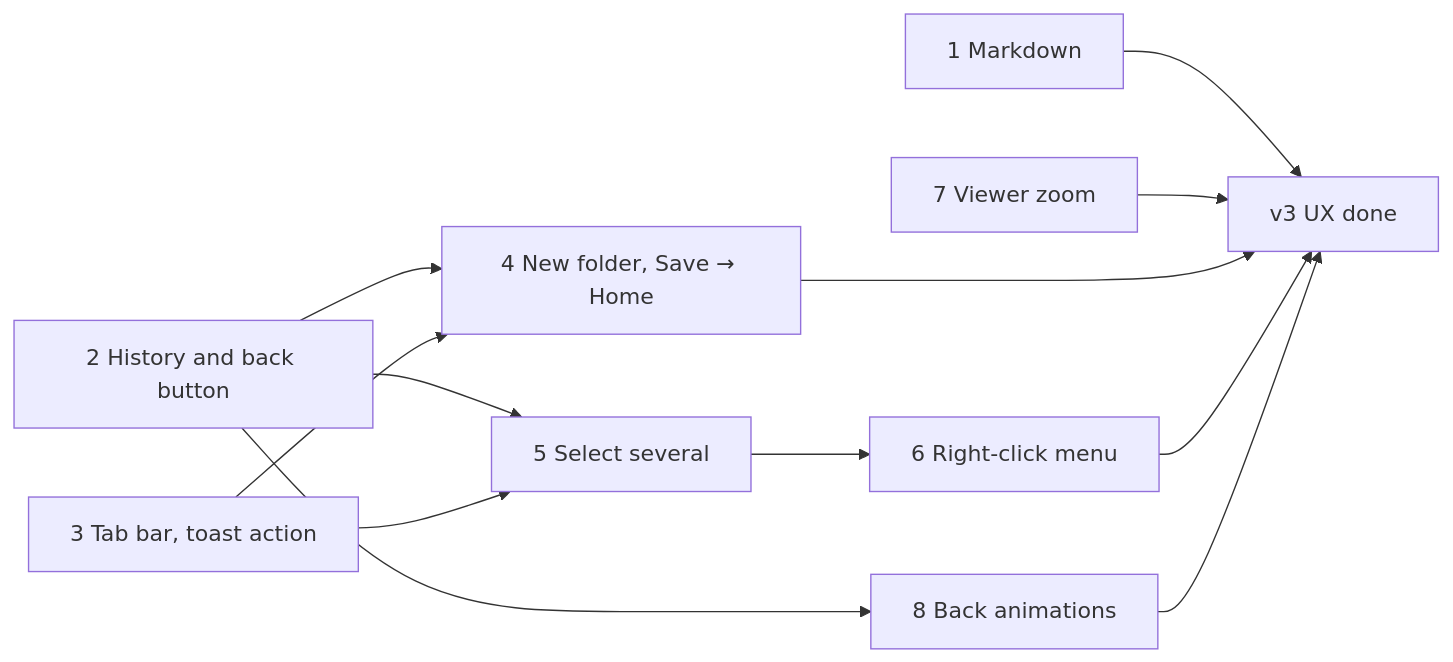
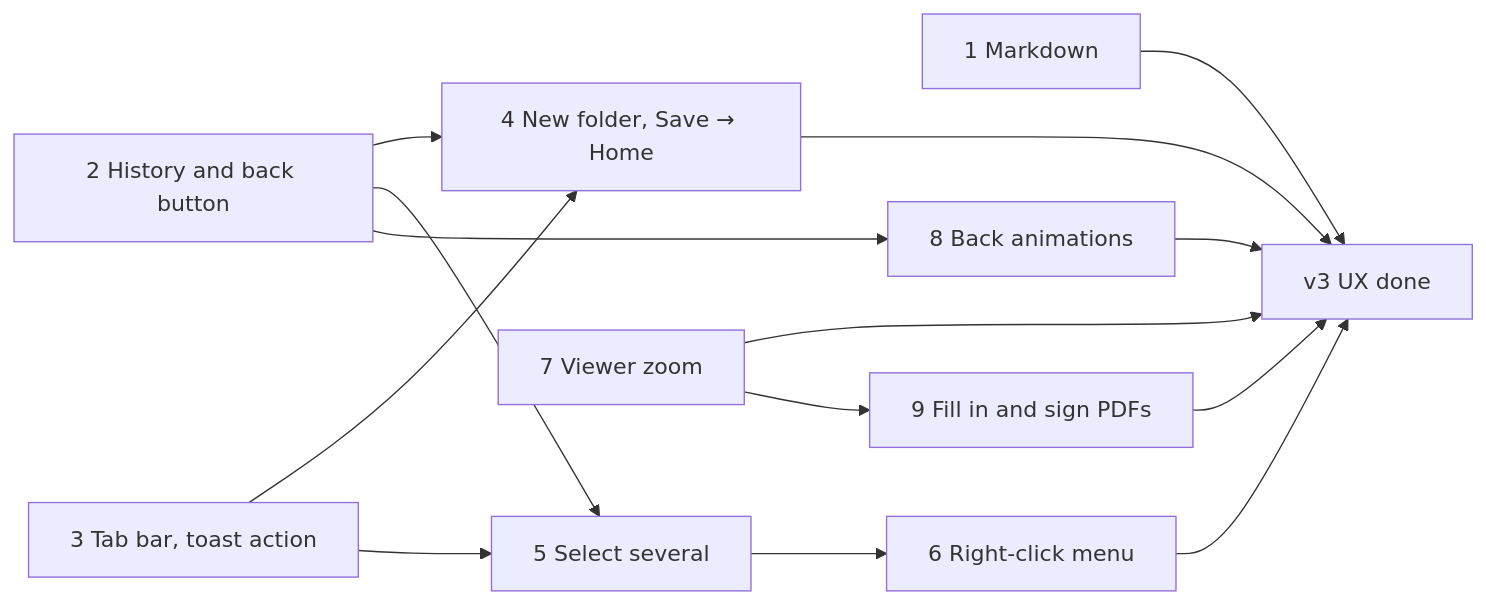
The diagram in docs/v3-ux-plan.md (BertVanBaelen/HomeDrive), drawn with Mermaid before and after one commit. The commit also changed other lines of this file and 6 other files, not shown here.

````diff
--- a/docs/v3-ux-plan.md
+++ b/docs/v3-ux-plan.md
@@ -19,14 +23,16 @@
 ```mermaid
 graph LR
   WP1[1 Markdown] --> R
   WP2[2 History and back button] --> WP4[4 New folder, Save → Home]
   WP3[3 Tab bar, toast action] --> WP4
   WP2 --> WP5[5 Select several]
   WP3 --> WP5
   WP5 --> WP6[6 Right-click menu]
   WP7[7 Viewer zoom] --> R
   WP2 --> WP8[8 Back animations]
+  WP7 --> WP9[9 Fill in and sign PDFs]
   WP4 --> R[v3 UX done]
   WP6 --> R
   WP8 --> R
+  WP9 --> R
 ```
````
